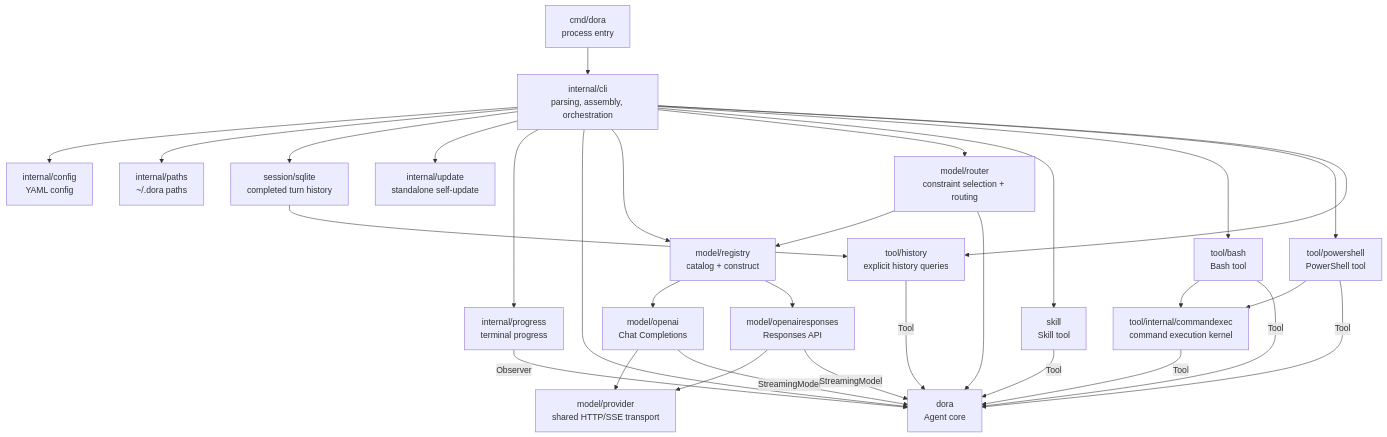
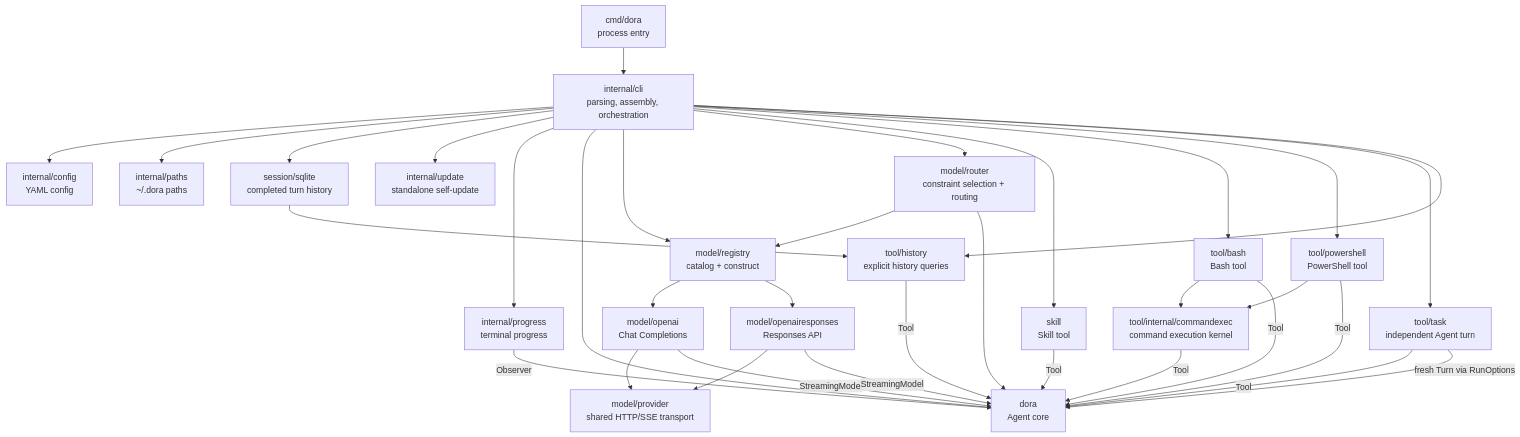
The first of 2 diagrams in docs/architecture.md (lgxz/dora), drawn with Mermaid before and after one commit. The commit also changed other lines of this file and 24 other files, not shown here.

Commit message:
feat: add independent task delegation

````diff
--- a/docs/architecture.md
+++ b/docs/architecture.md
@@ -17,36 +17,39 @@
 ```mermaid
 flowchart TD
     Main["cmd/dora<br/>process entry"] --> CLI["internal/cli<br/>parsing, assembly, orchestration"]
 
     CLI --> Config["internal/config<br/>YAML config"]
     CLI --> Paths["internal/paths<br/>~/.dora paths"]
     CLI --> Session["session/sqlite<br/>completed turn history"]
     CLI --> Update["internal/update<br/>standalone self-update"]
     CLI --> Progress["internal/progress<br/>terminal progress"]
     CLI --> Core["dora<br/>Agent core"]
     CLI --> Registry["model/registry<br/>catalog + construct"]
     CLI --> Router["model/router<br/>constraint selection + routing"]
     CLI --> Skill["skill<br/>Skill tool"]
     CLI --> Bash["tool/bash<br/>Bash tool"]
     CLI --> PowerShell["tool/powershell<br/>PowerShell tool"]
+    CLI --> Task["tool/task<br/>independent Agent turn"]
     CLI --> History["tool/history<br/>explicit history queries"]
 
     Registry --> OpenAI["model/openai<br/>Chat Completions"]
     Registry --> Responses["model/openairesponses<br/>Responses API"]
     Router --> Registry
     Router --> Core
     OpenAI --> Provider["model/provider<br/>shared HTTP/SSE transport"]
     Responses --> Provider
     Bash --> CommandExec["tool/internal/commandexec<br/>command execution kernel"]
     PowerShell --> CommandExec
 
     OpenAI -->|"StreamingModel"| Core
     Responses -->|"StreamingModel"| Core
     Skill -->|"Tool"| Core
     Bash -->|"Tool"| Core
     PowerShell -->|"Tool"| Core
+    Task -->|"Tool"| Core
+    Task -->|"fresh Turn via RunOptions"| Core
     CommandExec -->|"Tool"| Core
     Progress -->|"Observer"| Core
     Session --> History
     History -->|"Tool"| Core
 ```
````
